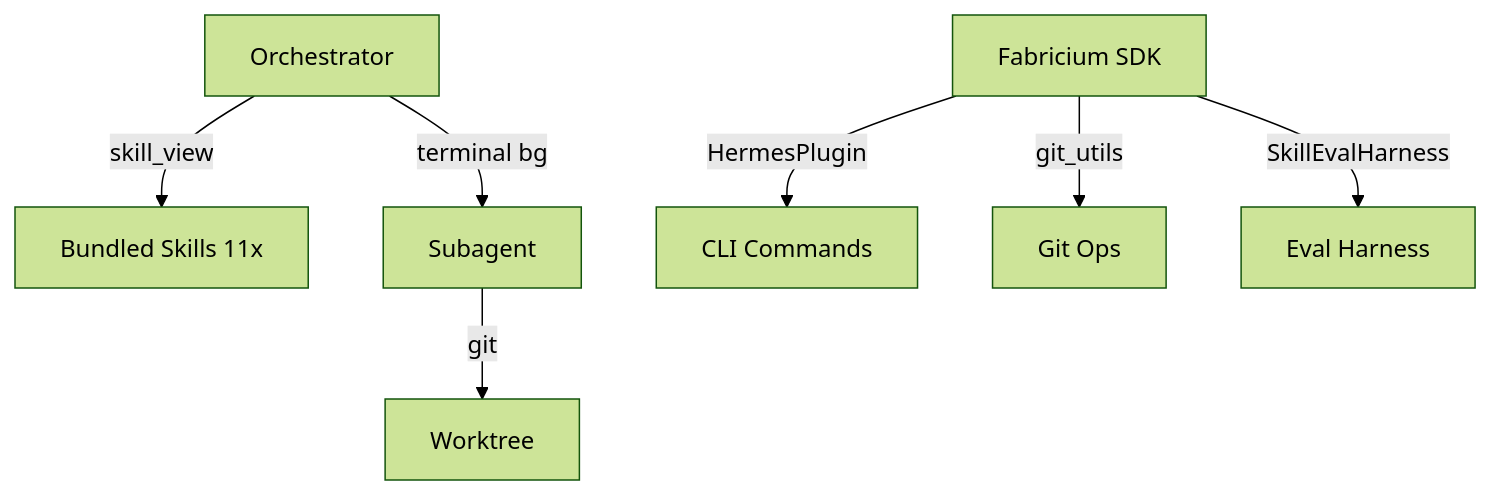
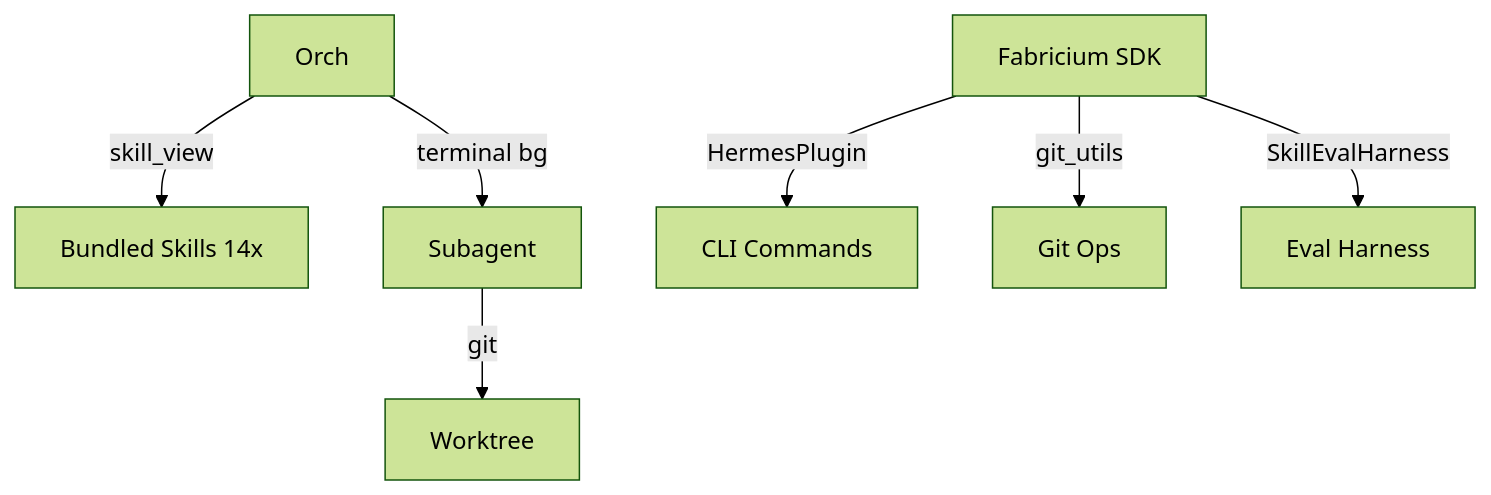
The second of 2 diagrams in docs/architecture.md (Uniterra-Solutions/jovaltus), drawn with Mermaid (forest theme) before and after one commit. The commit also changed other lines of this file and 3 other files, not shown here.

First line of the commit message:
docs: update skill counts, pipeline flow, and phase reference tables

````diff
--- a/docs/architecture.md
+++ b/docs/architecture.md
@@ -32,9 +32,9 @@
 ```mermaid
 graph TD
-    Orch[Orchestrator] -->|skill_view| Skills[Bundled Skills 11x]
+    Orch -->|skill_view| Skills[Bundled Skills 14x]
     Orch -->|terminal bg| Sub[Subagent]
     Sub -->|git| WT[Worktree]
     Fabricium[Fabricium SDK] -->|HermesPlugin| CLI[CLI Commands]
     Fabricium -->|git_utils| Git[Git Ops]
     Fabricium -->|SkillEvalHarness| Eval[Eval Harness]
 ```
````
